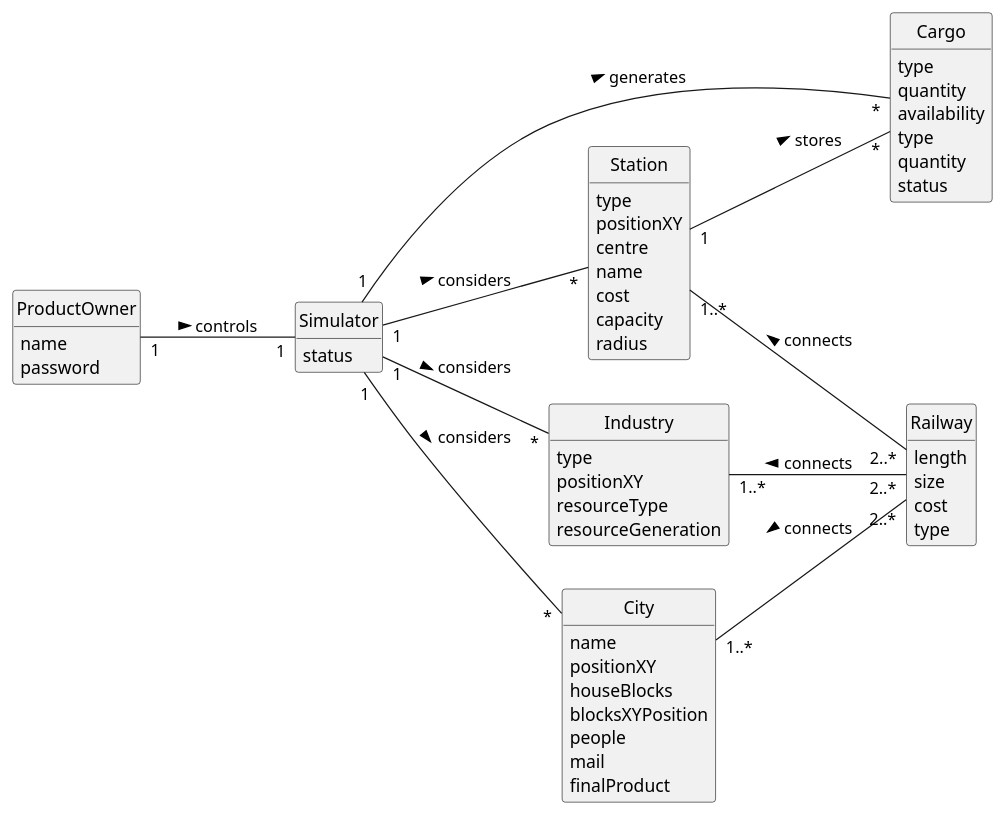
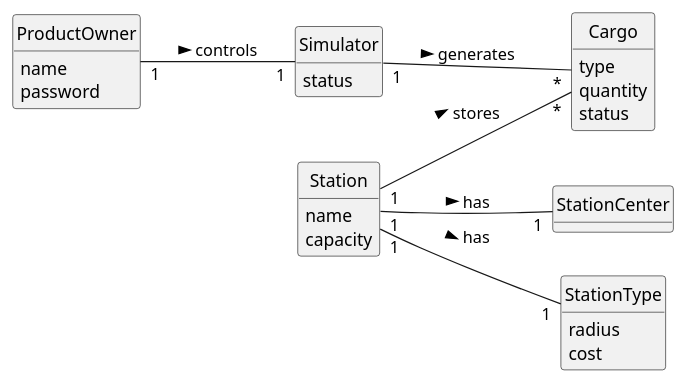
Before and after one commit to 1240935/pi2-railway-simulator: the diagram in Sprint2/US012/02.analysis/puml/US012-DM.puml, drawn with PlantUML. The commit also changed 19 other files, not shown here.

```diff
--- a/Sprint2/US012/02.analysis/puml/US012-DM.puml
+++ b/Sprint2/US012/02.analysis/puml/US012-DM.puml
@@ -1,79 +1,50 @@
 @startuml
 skinparam monochrome true
 skinparam packageStyle rectangle
 skinparam shadowing false
 'skinparam linetype ortho
 'left to right direction
 skinparam classAttributeIconSize 0
 hide circle
 hide methods
 
 left to right direction
 
 class ProductOwner {
     name
     password
 }
 
-class Cargo {
-    type
-    quantity
-    availability
+class Station {
+    name
+    capacity
 }
 
-class Industry {
-    type
-    positionXY
-    resourceType
-    resourceGeneration
+class StationCenter{
 }
 
-class Station {
-    type
-    positionXY
-    centre
-    name
+class StationType{
+    radius
     cost
-    capacity
-    radius
 }
 
 class Cargo {
     type
     quantity
     status
 }
 
-class City {
-    name
-    positionXY
-    houseBlocks
-    blocksXYPosition
-    people
-    mail
-    finalProduct
-}
-
-class Railway{
-    length
-    size
-    cost
-    type
-}
 
 class Simulator{
     status
 }
 
 ProductOwner "1" -- "1" Simulator: controls >
 Simulator "1" -- "*" Cargo: generates >
-Simulator "1" -- "*" City: considers >
-Simulator "1" -- "*" Industry: considers >
-Simulator "1" -- "*" Station: considers >
+
+Station "1" -- "1" StationType: has >
+Station "1" -- "1" StationCenter: has >
 Station "1" -- "*" Cargo : stores >
-Station "1..*" -- "2..*" Railway : connects <
-City "1..*" -- "2..*" Railway : connects <
-Industry "1..*" -- "2..*" Railway : connects <
 
 
 @enduml
```
